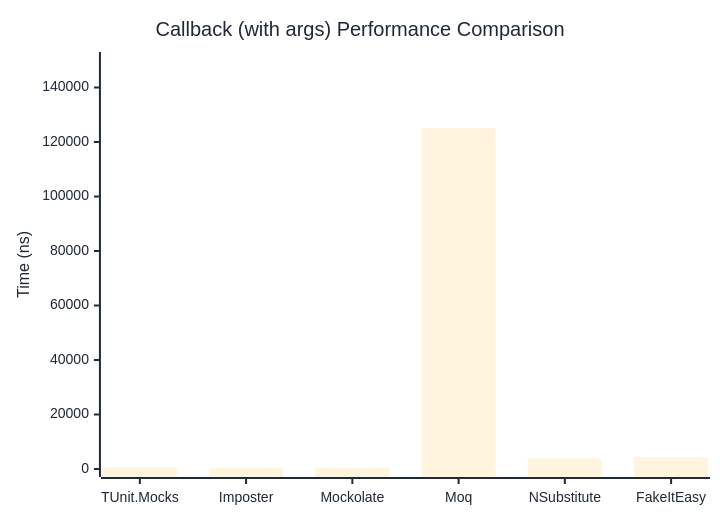
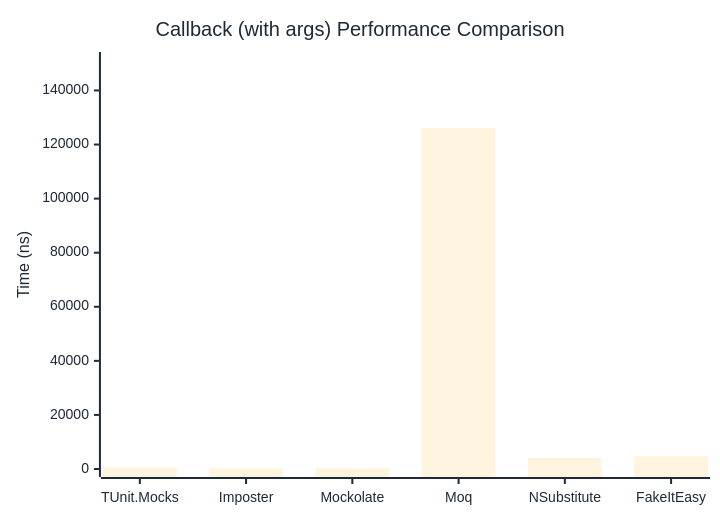
The second of 2 diagrams in docs/docs/benchmarks/mocks/Callback.md (thomhurst/TUnit), drawn with Mermaid before and after one commit. The commit also changed other lines of this file and 14 other files, not shown here.

````diff
--- a/docs/docs/benchmarks/mocks/Callback.md
+++ b/docs/docs/benchmarks/mocks/Callback.md
@@ -71,27 +71,27 @@
 ```mermaid
 %%{init: {
   'theme':'base',
   'themeVariables': {
     'primaryColor': '#2563eb',
     'primaryTextColor': '#1f2937',
     'primaryBorderColor': '#1e40af',
     'lineColor': '#6b7280',
     'secondaryColor': '#7c3aed',
     'tertiaryColor': '#dc2626',
     'background': '#ffffff',
     'pie1': '#2563eb',
     'pie2': '#7c3aed',
     'pie3': '#dc2626',
     'pie4': '#f59e0b',
     'pie5': '#10b981',
     'pie6': '#06b6d4',
     'pie7': '#ec4899',
     'pie8': '#6366f1'
   }
 }}%%
 xychart-beta
   title "Callback (with args) Performance Comparison"
   x-axis ["TUnit.Mocks", "Imposter", "Mockolate", "Moq", "NSubstitute", "FakeItEasy"]
-  y-axis "Time (ns)" 0 --> 150091
-  bar [591.6, 299.7, 291.9, 125075.2, 3806.3, 4398.1]
+  y-axis "Time (ns)" 0 --> 151264
+  bar [636.3, 233.1, 290.2, 126053.1, 4043.3, 4623.8]
 ```
````
